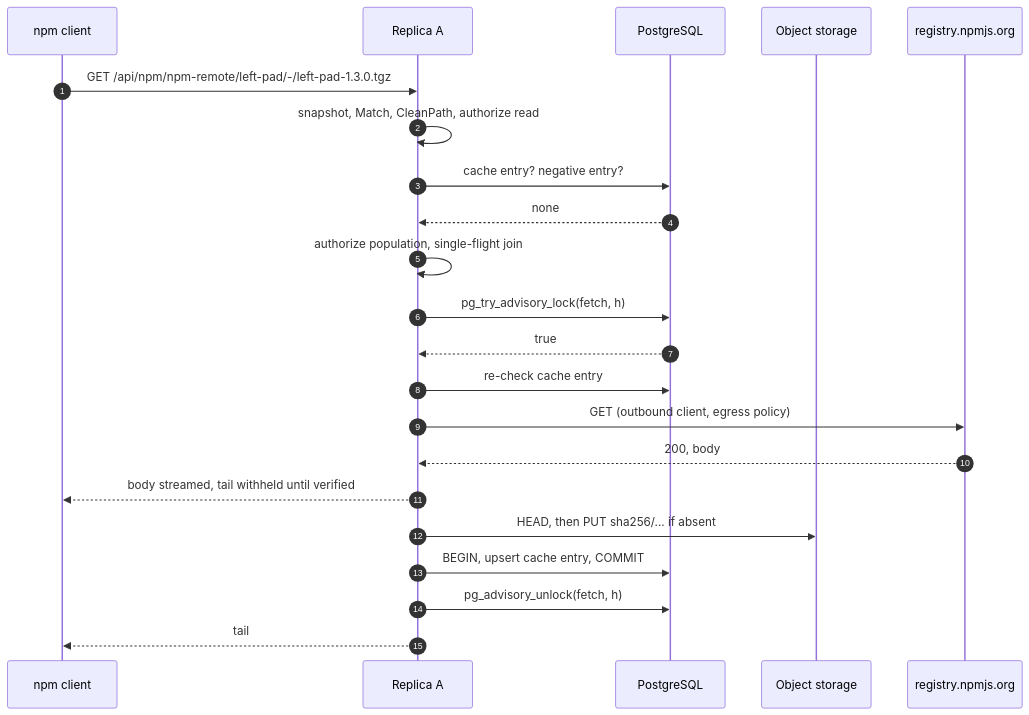
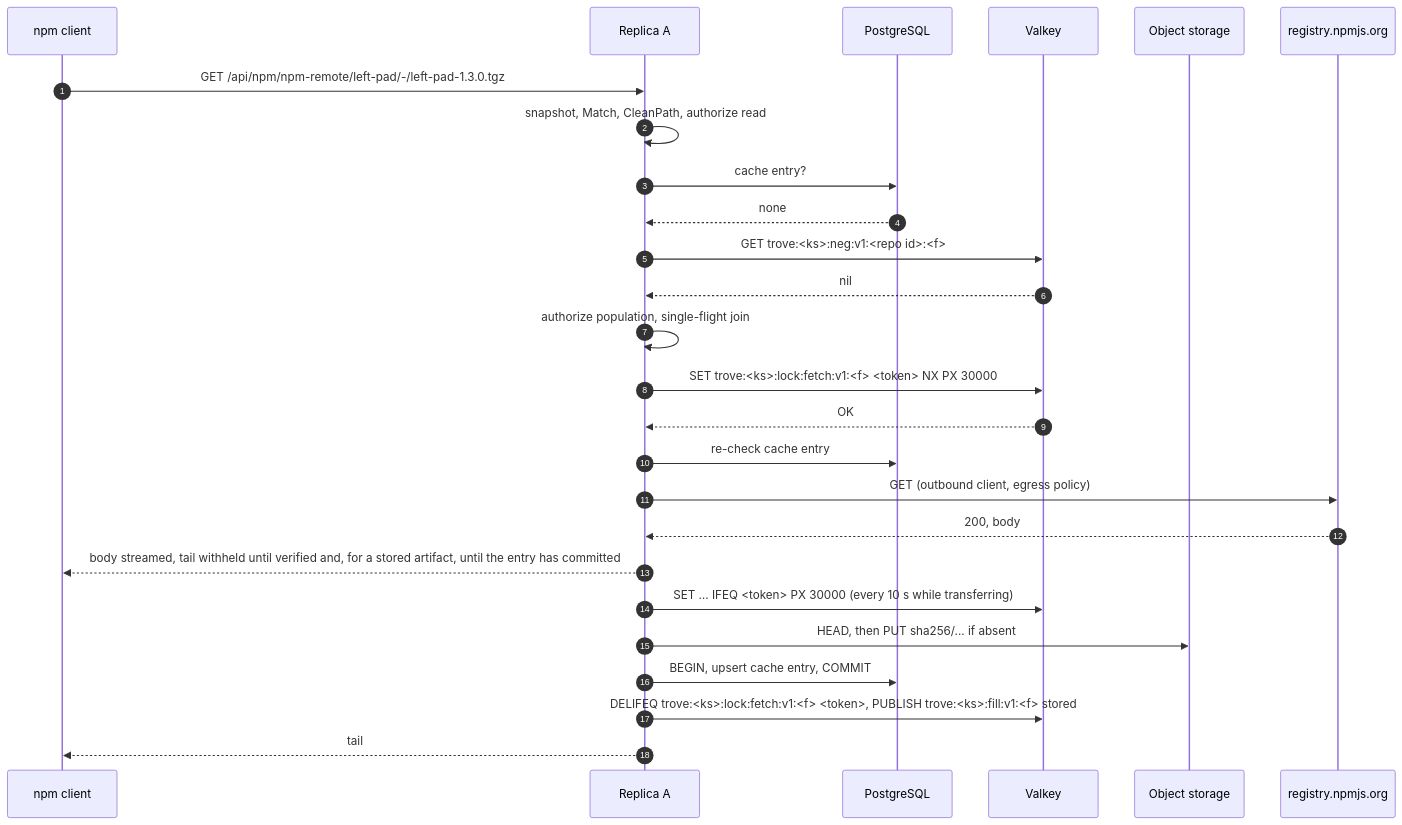
One commit to guided-traffic/trove changed the second of 2 diagrams in docs/spec/architecture.md. Above: the diagram before and after it, drawn with Mermaid. The commit also changed other lines of this file and 20 other files, not shown here.

````diff
--- a/docs/spec/architecture.md
+++ b/docs/spec/architecture.md
@@ -1083,24 +1339,28 @@
 ```mermaid
 sequenceDiagram
     autonumber
     participant C as npm client
     participant A as Replica A
     participant PG as PostgreSQL
+    participant VK as Valkey
     participant S3 as Object storage
     participant U as registry.npmjs.org
     C->>A: GET /api/npm/npm-remote/left-pad/-/left-pad-1.3.0.tgz
     A->>A: snapshot, Match, CleanPath, authorize read
-    A->>PG: cache entry? negative entry?
+    A->>PG: cache entry?
     PG-->>A: none
+    A->>VK: GET trove:<ks>:neg:v1:<repo id>:<f>
+    VK-->>A: nil
     A->>A: authorize population, single-flight join
-    A->>PG: pg_try_advisory_lock(fetch, h)
-    PG-->>A: true
+    A->>VK: SET trove:<ks>:lock:fetch:v1:<f> <token> NX PX 30000
+    VK-->>A: OK
     A->>PG: re-check cache entry
     A->>U: GET (outbound client, egress policy)
     U-->>A: 200, body
-    A-->>C: body streamed, tail withheld until verified
+    A-->>C: body streamed, tail withheld until verified and, for a stored artifact, until the entry has committed
+    A->>VK: SET … IFEQ <token> PX 30000 (every 10 s while transferring)
     A->>S3: HEAD, then PUT sha256/... if absent
     A->>PG: BEGIN, upsert cache entry, COMMIT
-    A->>PG: pg_advisory_unlock(fetch, h)
+    A->>VK: DELIFEQ trove:<ks>:lock:fetch:v1:<f> <token>, PUBLISH trove:<ks>:fill:v1:<f> stored
     A-->>C: tail
 ```
````
